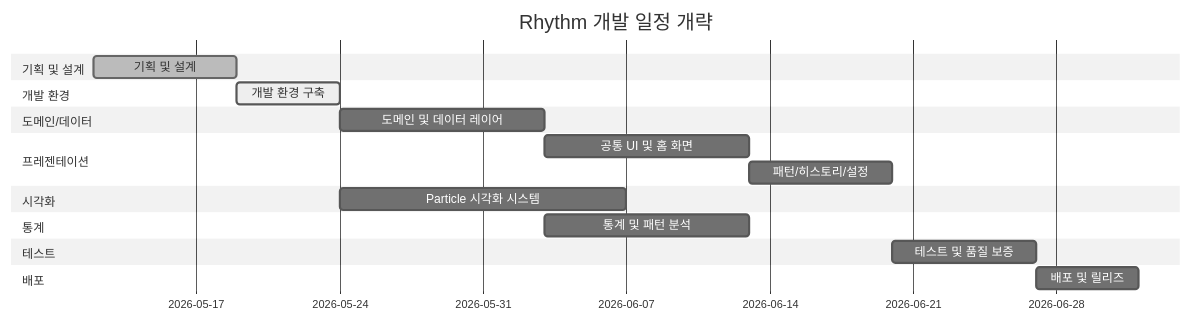
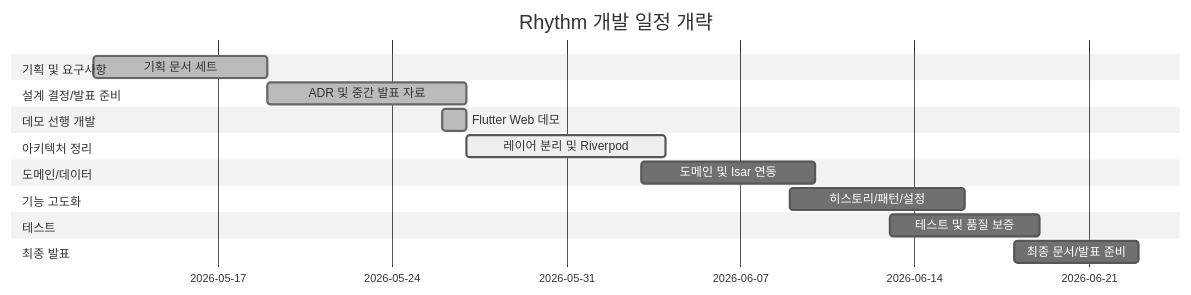
The diagram in .planning/02-wbs.md (yseho031018/rhythm-archive), drawn with Mermaid (neutral theme) before and after one commit. The commit also changed other lines of this file and 2 other files, not shown here.

Commit message:
docs: realign WBS schedule with demo-first progress

````diff
--- a/.planning/02-wbs.md
+++ b/.planning/02-wbs.md
@@ -49,22 +46,21 @@
 ```mermaid
 gantt
     title Rhythm 개발 일정 개략
     dateFormat  YYYY-MM-DD
-    section 기획 및 설계
-    기획 및 설계           :done,    plan, 2026-05-12, 7d
-    section 개발 환경
-    개발 환경 구축         :active,  env,  after plan, 5d
+    section 기획 및 요구사항
+    기획 문서 세트          :done,    plan, 2026-05-12, 7d
+    section 설계 결정/발표 준비
+    ADR 및 중간 발표 자료   :done,    adr, 2026-05-19, 8d
+    section 데모 선행 개발
+    Flutter Web 데모        :done,    demo, 2026-05-26, 1d
+    section 아키텍처 정리
+    레이어 분리 및 Riverpod :active,  refactor, 2026-05-27, 8d
     section 도메인/데이터
-    도메인 및 데이터 레이어 :         domain, after env, 10d
-    section 프레젠테이션
-    공통 UI 및 홈 화면    :         ui1, after domain, 10d
-    패턴/히스토리/설정    :         ui2, after ui1, 7d
-    section 시각화
-    Particle 시각화 시스템 :         viz, after env, 14d
-    section 통계
-    통계 및 패턴 분석     :         stat, after domain, 10d
+    도메인 및 Isar 연동     :         domain, 2026-06-03, 7d
+    section 기능 고도화
+    히스토리/패턴/설정      :         feature, 2026-06-09, 7d
     section 테스트
-    테스트 및 품질 보증   :         test, after ui2, 7d
-    section 배포
-    배포 및 릴리즈       :         deploy, after test, 5d
+    테스트 및 품질 보증     :         test, 2026-06-13, 6d
+    section 최종 발표
+    최종 문서/발표 준비     :         final, 2026-06-18, 5d
 ```
````
